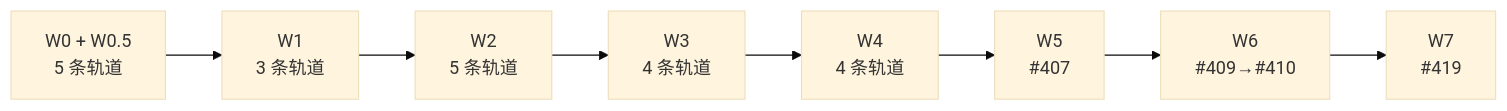
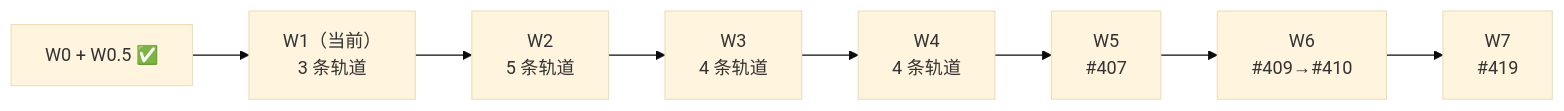
One commit to luokerenx4/coder-loop changed the diagram in docs/execution-plan-pre-v3.md. Above: the diagram before and after it, drawn with Mermaid (base theme). The commit also changed other lines of this file, not shown here.

````diff
--- a/docs/execution-plan-pre-v3.md
+++ b/docs/execution-plan-pre-v3.md
@@ -61,4 +61,4 @@
 ```mermaid
 flowchart LR
-  W0["W0 + W0.5<br/>5 条轨道"] --> W1["W1<br/>3 条轨道"] --> W2["W2<br/>5 条轨道"] --> W3["W3<br/>4 条轨道"] --> W4["W4<br/>4 条轨道"] --> W5["W5<br/>#407"] --> W6["W6<br/>#409→#410"] --> W7["W7<br/>#419"]
+  W0["W0 + W0.5 ✅"] --> W1["W1（当前）<br/>3 条轨道"] --> W2["W2<br/>5 条轨道"] --> W3["W3<br/>4 条轨道"] --> W4["W4<br/>4 条轨道"] --> W5["W5<br/>#407"] --> W6["W6<br/>#409→#410"] --> W7["W7<br/>#419"]
 ```
````
